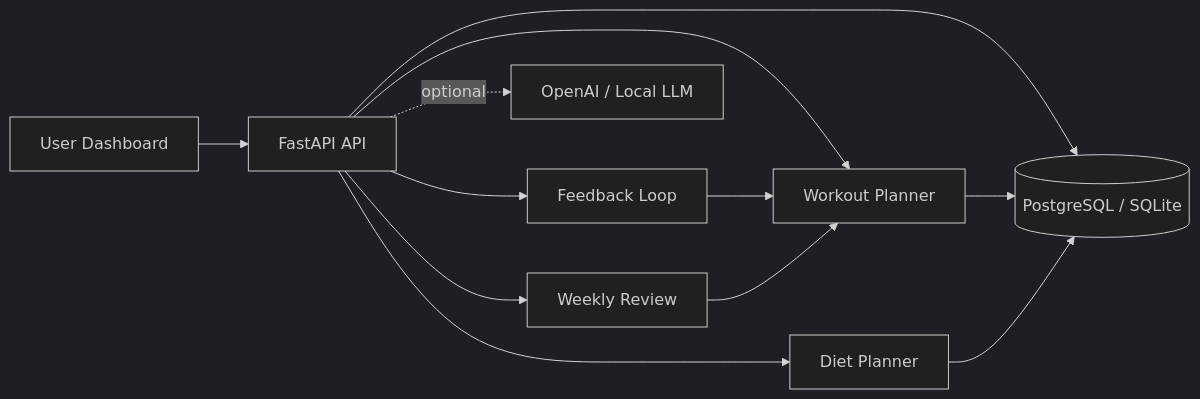
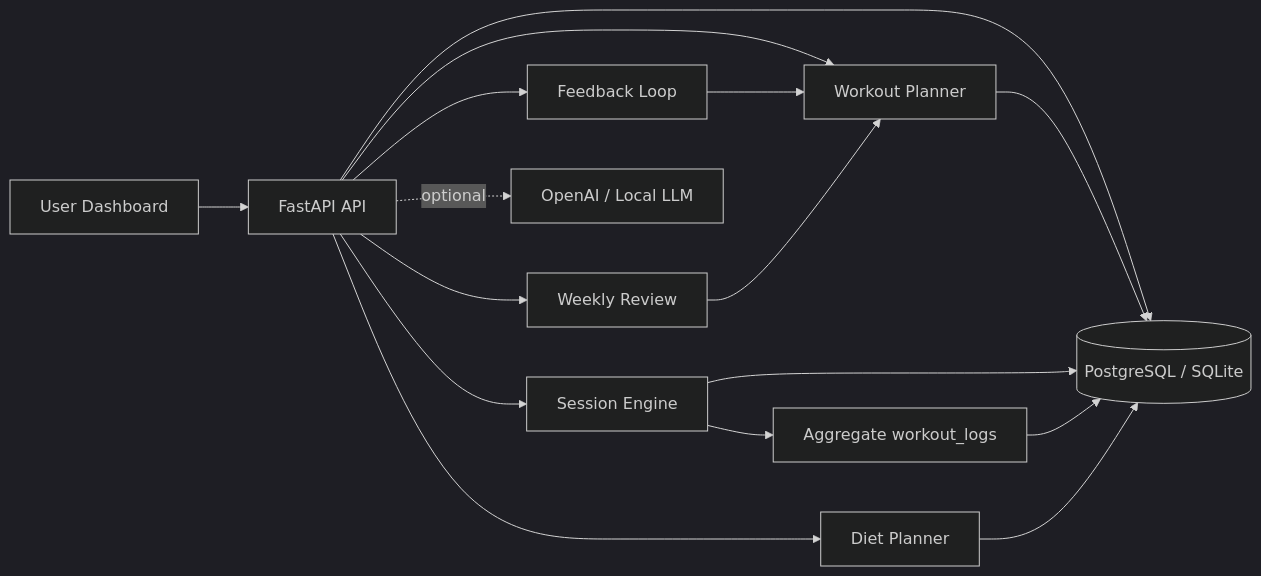
One commit to harshraj78/FitGen.ai changed the diagram in README.md. Above: the diagram before and after it, drawn with Mermaid (dark theme). The commit also changed other lines of this file, not shown here.

Commit message:
Update README for session engine

````diff
--- a/README.md
+++ b/README.md
@@ -104,14 +133,18 @@
 ```mermaid
 flowchart LR
     U["User Dashboard"] --> API["FastAPI API"]
     API --> DB[("PostgreSQL / SQLite")]
     API --> WP["Workout Planner"]
+    API --> SE["Session Engine"]
     API --> DP["Diet Planner"]
     API --> FR["Feedback Loop"]
     API --> WR["Weekly Review"]
     WP --> DB
+    SE --> DB
+    SE --> WL["Aggregate workout_logs"]
+    WL --> DB
     DP --> DB
     FR --> WP
     WR --> WP
     API -. optional .-> LLM["OpenAI / Local LLM"]
 ```
````
